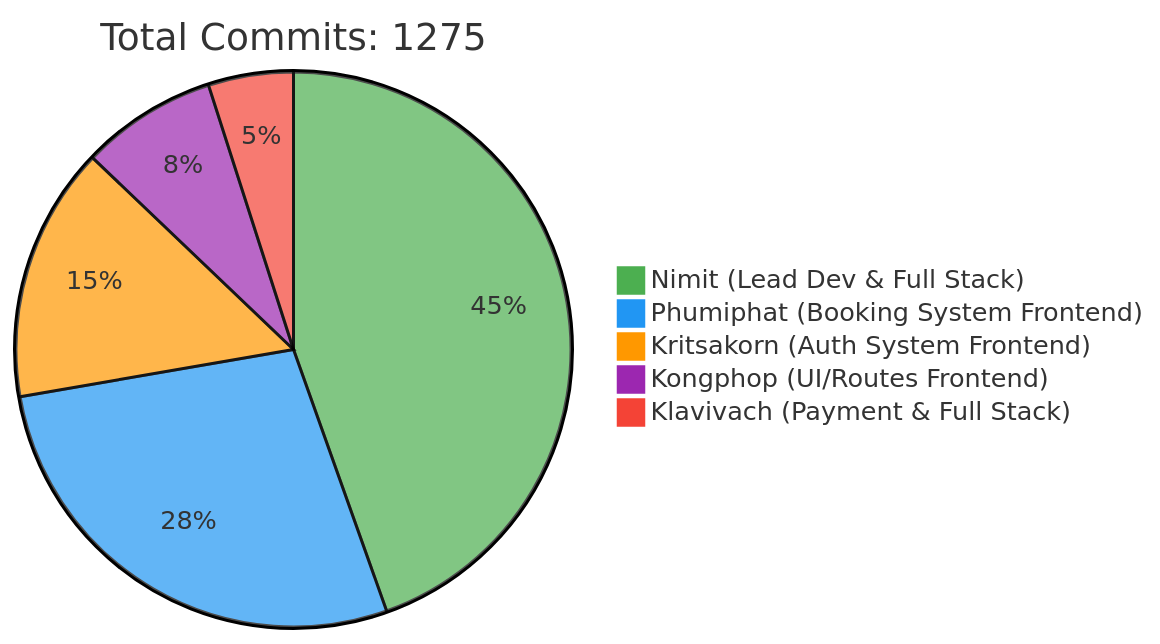
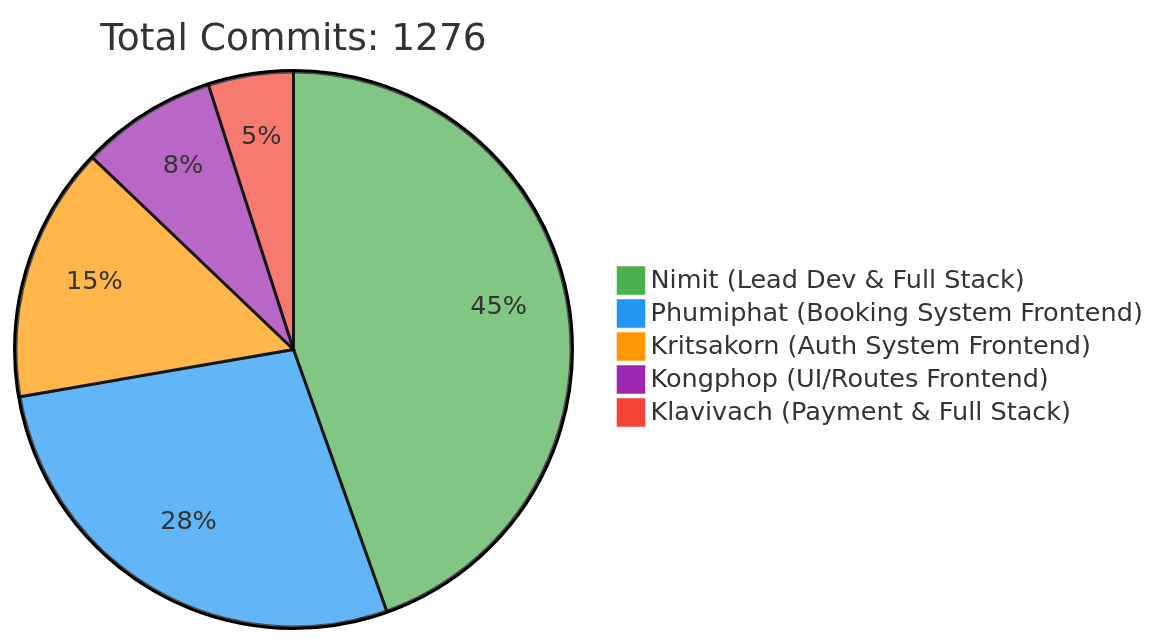
The first of 2 diagrams in README.md (6531503042/Sport-Complex), drawn with Mermaid before and after one commit. The commit also changed other lines of this file, not shown here.

Commit message:
docs: Update contributor statistics [skip ci]

````diff
--- a/README.md
+++ b/README.md
@@ -257,10 +257,10 @@
 ```mermaid
 %%{init: {'theme': 'base', 'themeVariables': { 'pie1': '#4CAF50', 'pie2': '#2196F3', 'pie3': '#FF9800', 'pie4': '#9C27B0', 'pie5': '#F44336'}}}%%
 pie
-    title Total Commits: 1275
+    title Total Commits: 1276
     "Nimit (Lead Dev & Full Stack)" : 450
     "Phumiphat (Booking System Frontend)" : 280
     "Kritsakorn (Auth System Frontend)" : 150
     "Kongphop (UI/Routes Frontend)" : 80
     "Klavivach (Payment & Full Stack)" : 50
 ```
````
